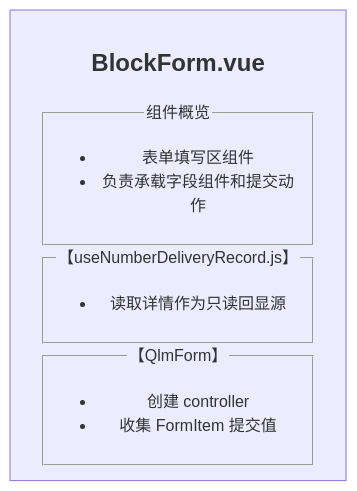
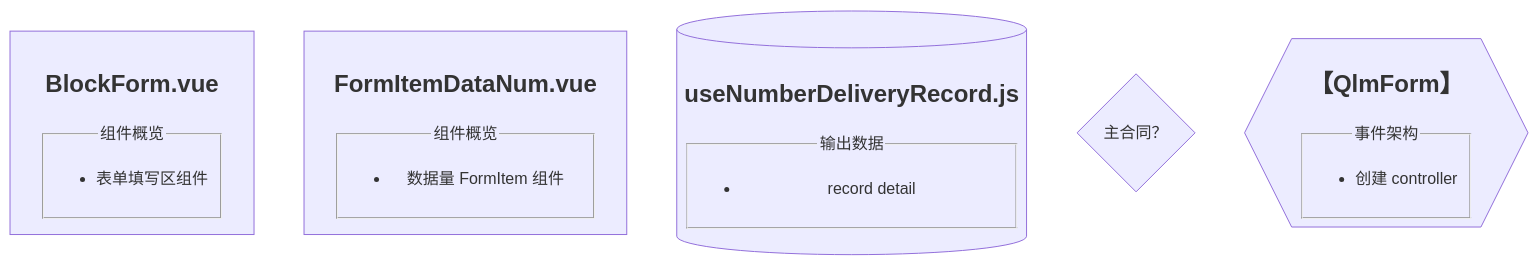
One commit to KarnaughK/AIPD changed the seventh of 9 diagrams in src/core/L5-dev/vue-architecture-diagram-guide.md. Above: the diagram before and after it, drawn with Mermaid. The commit also changed other lines of this file, not shown here.

Commit message:
更新 Vue 架构图指引

````diff
--- a/src/core/L5-dev/vue-architecture-diagram-guide.md
+++ b/src/core/L5-dev/vue-architecture-diagram-guide.md
@@ -147,4 +333,8 @@
 ```mermaid
 flowchart TD
-    BlockFormVue["<h2>BlockForm.vue</h2><fieldset><legend>组件概览</legend><ul><li>表单填写区组件</li><li>负责承载字段组件和提交动作</li></ul></fieldset><fieldset><legend>【useNumberDeliveryRecord.js】</legend><ul><li>读取详情作为只读回显源</li></ul></fieldset><fieldset><legend>【QlmForm】</legend><ul><li>创建 controller</li><li>收集 FormItem 提交值</li></ul></fieldset>"]
+    vue_BlockForm["<h2>BlockForm.vue</h2><fieldset><legend>组件概览</legend><ul><li>表单填写区组件</li></ul></fieldset>"]
+    vue_FormItemDataNum["<h2>FormItemDataNum.vue</h2><fieldset><legend>组件概览</legend><ul><li>数据量 FormItem 组件</li></ul></fieldset>"]
+    js_useNumberDeliveryRecord[("<h2>useNumberDeliveryRecord.js</h2><fieldset><legend>输出数据</legend><ul><li>record detail</li></ul></fieldset>")]
+    judge_isMainContract{"主合同？"}
+    controller_QlmForm{{"<h2>【QlmForm】</h2><fieldset><legend>事件架构</legend><ul><li>创建 controller</li></ul></fieldset>"}}
 ```
````
